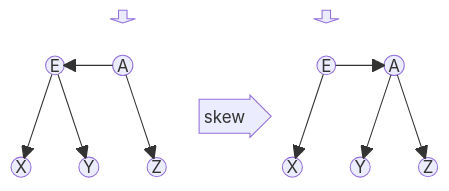
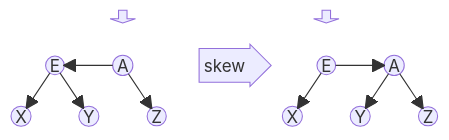
Before and after one commit to BenhurUFSM/l226b: the second of 3 diagrams in Assuntos/arvore-aa.md, drawn with Mermaid. The commit also changed other lines of this file, not shown here.

````diff
--- a/Assuntos/arvore-aa.md
+++ b/Assuntos/arvore-aa.md
@@ -37,16 +37,15 @@
 ```mermaid
 block
   columns 13
   space:3 p1<[" "]>(down) space:5 p2<[" "]>(down) space:3
-  space e1(("E")) space r1(("A")) space space:3 space r2(("E")) space d2(("A")) space
-  space:5 f<["skew"]>(right):3 space:5
+  space e1(("E")) space r1(("A")) space f<["skew"]>(right):3 space r2(("E")) space d2(("A")) space
   ee1(("X")) space ed1(("Y")) space d1(("Z")) space:3 e2(("X")) space de2(("Y")) space dd2(("Z"))
   r1-->e1
   r1-->d1
   e1-->ee1
   e1-->ed1
   r2-->e2
   r2-->d2
   d2-->de2
   d2-->dd2
 ```
````
